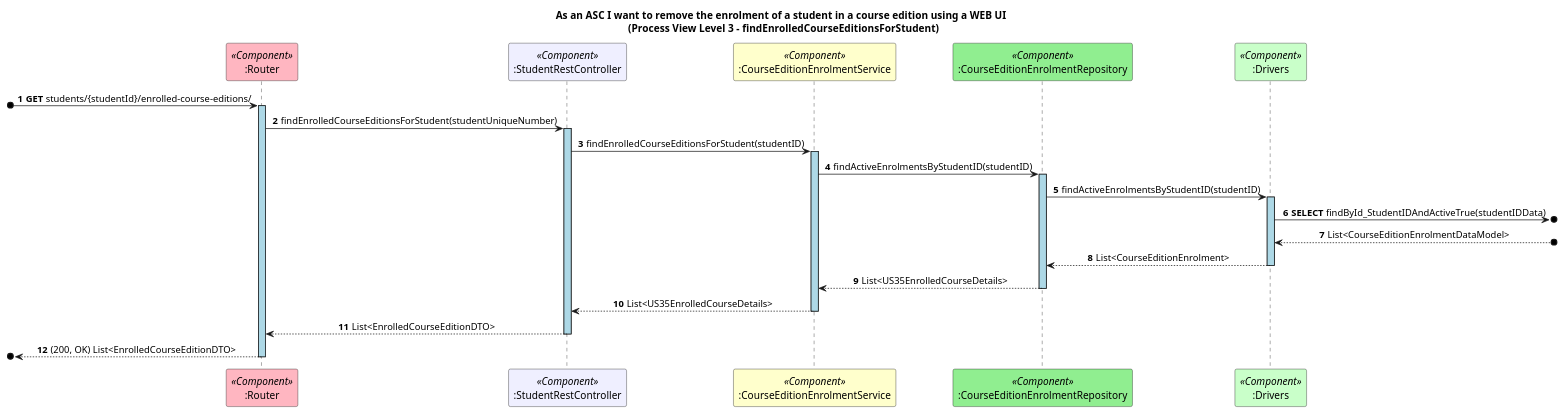
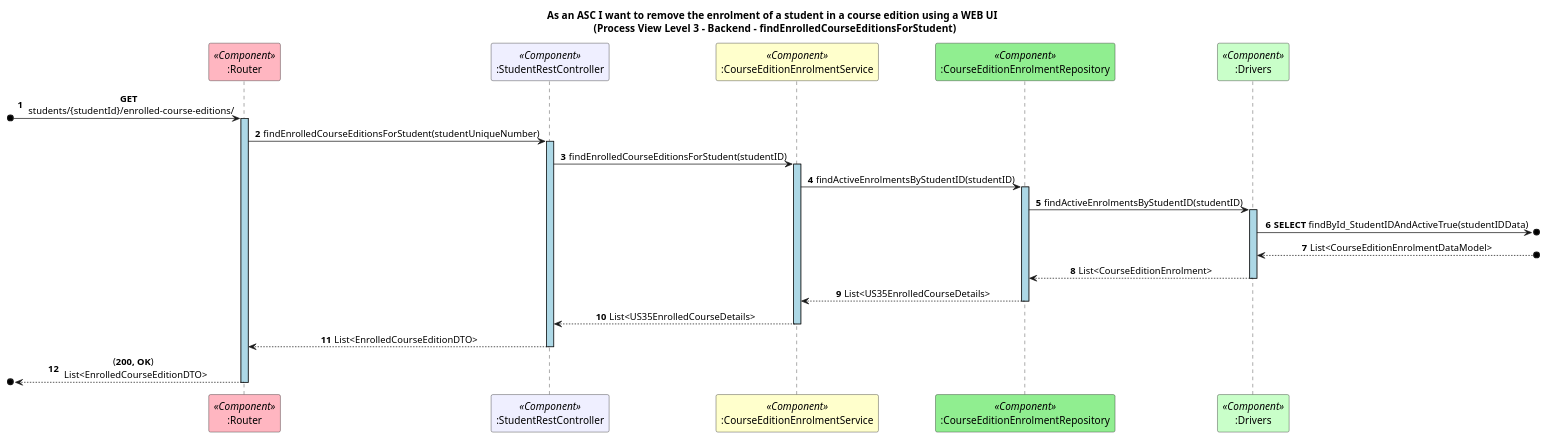
One commit to GasparISEP/DevOps-PAI changed the diagram in docs/US35/ProcessView/Level3-findEnrolledCourseEditionsForStudent.puml. Above: the diagram before and after it, drawn with PlantUML. The commit also changed 3 other files, not shown here.

Commit message:
Updated Process View level 3 diagrams with most recent method's implementations - US35. Refs #654, #657

```diff
--- a/docs/US35/ProcessView/Level3-findEnrolledCourseEditionsForStudent.puml
+++ b/docs/US35/ProcessView/Level3-findEnrolledCourseEditionsForStudent.puml
@@ -1,35 +1,35 @@
 @startuml
 autonumber
 skinparam sequenceMessageAlign center
 skinparam sequenceLifeLineBackgroundColor lightblue
-title As an ASC I want to remove the enrolment of a student in a course edition using a WEB UI \n (Process View Level 3 - findEnrolledCourseEditionsForStudent)
+title As an ASC I want to remove the enrolment of a student in a course edition using a WEB UI \n (Process View Level 3 - Backend - findEnrolledCourseEditionsForStudent)
 
 participant ":Router" as Router <<Component>> #lightpink
 participant ":StudentRestController" as Controller <<Component>> #motivation
 participant ":CourseEditionEnrolmentService" as Service <<Component>> #business
 participant ":CourseEditionEnrolmentRepository" as Repository <<Component>> #lightgreen
 participant ":Drivers" as D <<Component>> #technology
 
-[o-> Router : **GET** students/{studentId}/enrolled-course-editions/
+[o-> Router : **GET** \n students/{studentId}/enrolled-course-editions/
 activate Router
 Router -> Controller : findEnrolledCourseEditionsForStudent(studentUniqueNumber)
 activate Controller
 Controller -> Service : findEnrolledCourseEditionsForStudent(studentID)
 activate Service
 Service -> Repository : findActiveEnrolmentsByStudentID(studentID)
 activate Repository
 Repository -> D ++: findActiveEnrolmentsByStudentID(studentID)
 D ->o] : **SELECT** findById_StudentIDAndActiveTrue(studentIDData)
 D <--o] : List<CourseEditionEnrolmentDataModel>
 Repository <-- D -- : List<CourseEditionEnrolment>
 Repository --> Service : List<US35EnrolledCourseDetails>
 deactivate Repository
 Service --> Controller : List<US35EnrolledCourseDetails>
 deactivate Service
 Controller --> Router : List<EnrolledCourseEditionDTO>
 deactivate Controller
-[o<-- Router : (200, OK) List<EnrolledCourseEditionDTO>
+[o<-- Router : (**200, OK**) \n List<EnrolledCourseEditionDTO>
 deactivate Router
 
 
 @enduml
```
